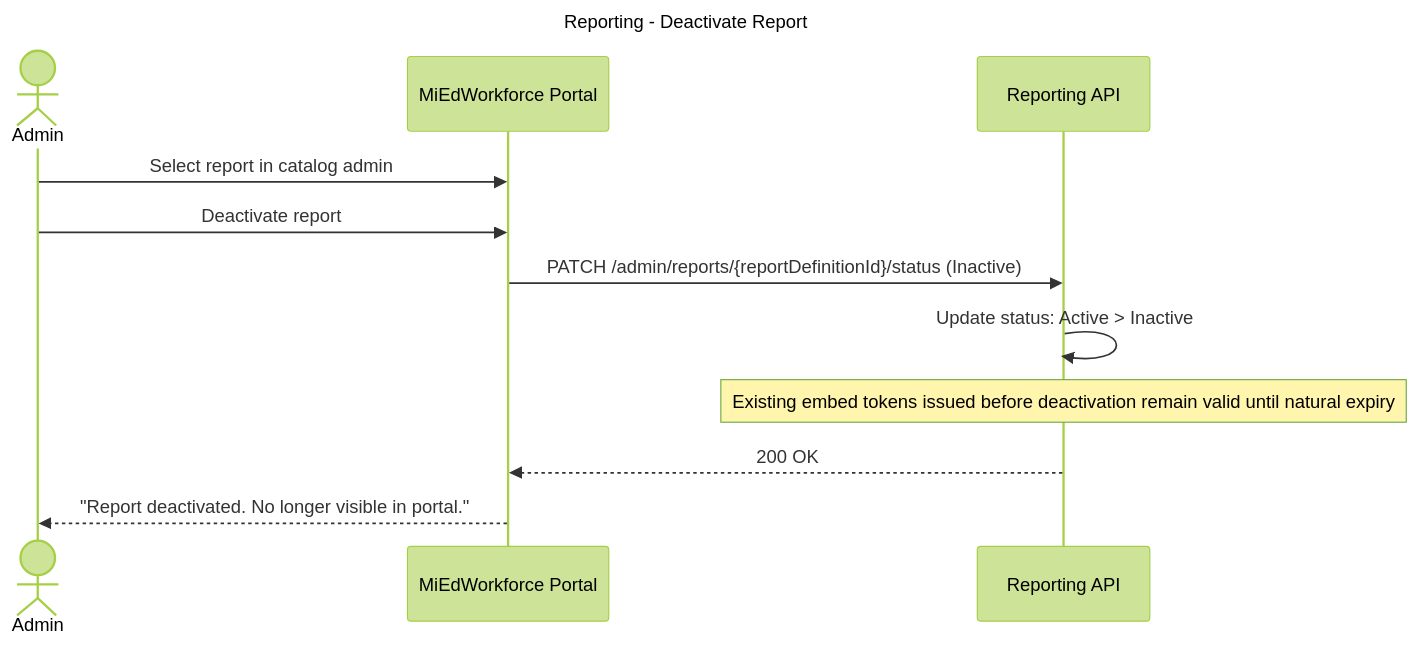
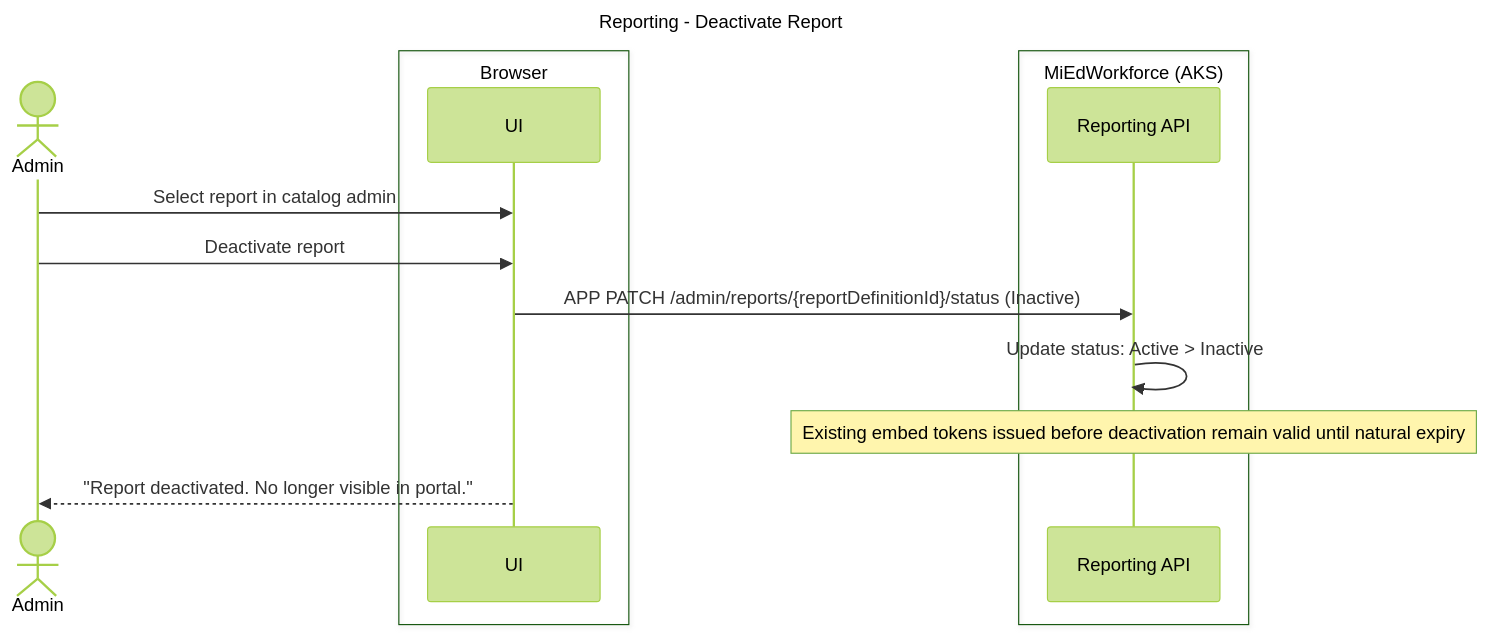
Before and after one commit to mnichols-dl/mied-design: the sixth of 6 diagrams in working-docs/solution-areas/reporting/reporting-sequences.md, drawn with Mermaid (forest theme). The commit also changed other lines of this file and 34 other files, not shown here.

Commit message:
Update sequences and perform RTM assessment

````diff
--- a/working-docs/solution-areas/reporting/reporting-sequences.md
+++ b/working-docs/solution-areas/reporting/reporting-sequences.md
@@ -240,19 +265,22 @@
 ```mermaid
 ---
 title: Reporting - Deactivate Report
 ---
 sequenceDiagram
     actor Admin
-    participant Portal as MiEdWorkforce Portal
-    participant ReportingAPI as Reporting API
+    box Browser
+    participant UI as UI
+    end
+    box MiEdWorkforce (AKS)
+    participant ReportingApi as Reporting API
+    end
 
-    Admin->>Portal: Select report in catalog admin
-    Admin->>Portal: Deactivate report
-    Portal->>ReportingAPI: PATCH /admin/reports/{reportDefinitionId}/status (Inactive)
+    Admin->>UI: Select report in catalog admin
+    Admin->>UI: Deactivate report
+    UI->>ReportingApi: APP PATCH /admin/reports/{reportDefinitionId}/status (Inactive)
 
-    ReportingAPI->>ReportingAPI: Update status: Active > Inactive
-    Note over ReportingAPI: Existing embed tokens issued before deactivation remain valid until natural expiry
+    ReportingApi->>ReportingApi: Update status: Active > Inactive
+    Note over ReportingApi: Existing embed tokens issued before deactivation remain valid until natural expiry
 
-    ReportingAPI-->>Portal: 200 OK
-    Portal-->>Admin: "Report deactivated. No longer visible in portal."
+    UI-->>Admin: "Report deactivated. No longer visible in portal."
 ```
````
